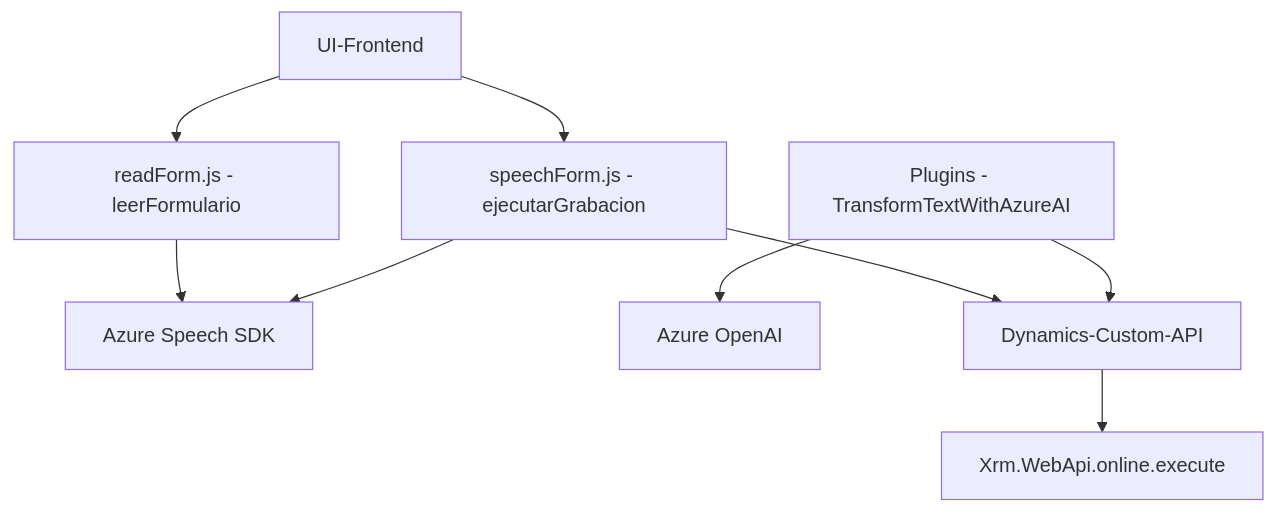
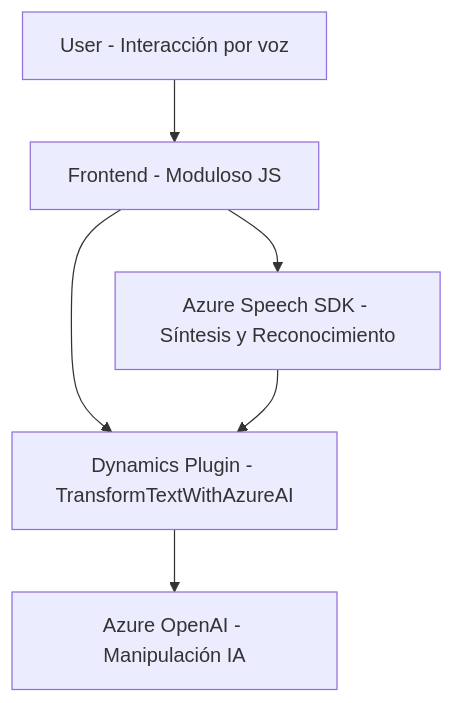
Before and after one commit to blopezdm/NETCORE_BILBAO2025: the diagram in README.md, drawn with Mermaid. The commit also changed other lines of this file, not shown here.

````diff
--- a/README.md
+++ b/README.md
@@ -36,20 +40,14 @@
 ```mermaid
 graph TD
-    A["UI-Frontend"]
-    B["readForm.js - leerFormulario"]
-    C["speechForm.js - ejecutarGrabacion"]
-    D["Plugins - TransformTextWithAzureAI"]
-    E["Azure Speech SDK"]
-    F["Azure OpenAI"]
-    G["Dynamics-Custom-API"]
-    H["Xrm.WebApi.online.execute"]
+    A["User - Interacción por voz"]
+    B["Frontend - Moduloso JS"]
+    C["Azure Speech SDK - Síntesis y Reconocimiento"]
+    D["Dynamics Plugin - TransformTextWithAzureAI"]
+    E["Azure OpenAI - Manipulación IA"]
 
     A --> B
-    A --> C
-    B --> E
-    C --> E
-    C --> G
-    G --> H
-    D --> F
-    D --> G
+    B --> C
+    B --> D
+    D --> E
+    C --> D
 ```
````
